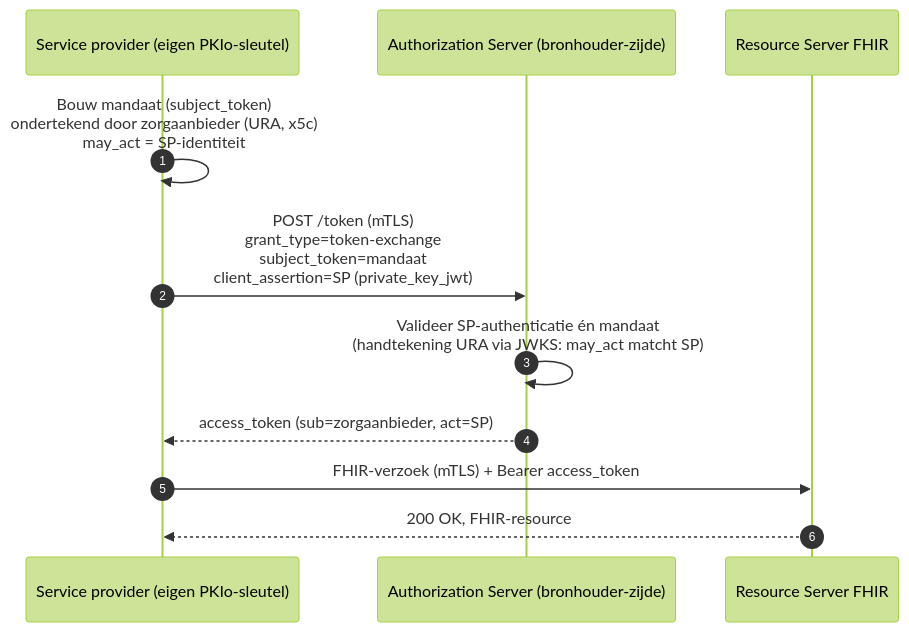
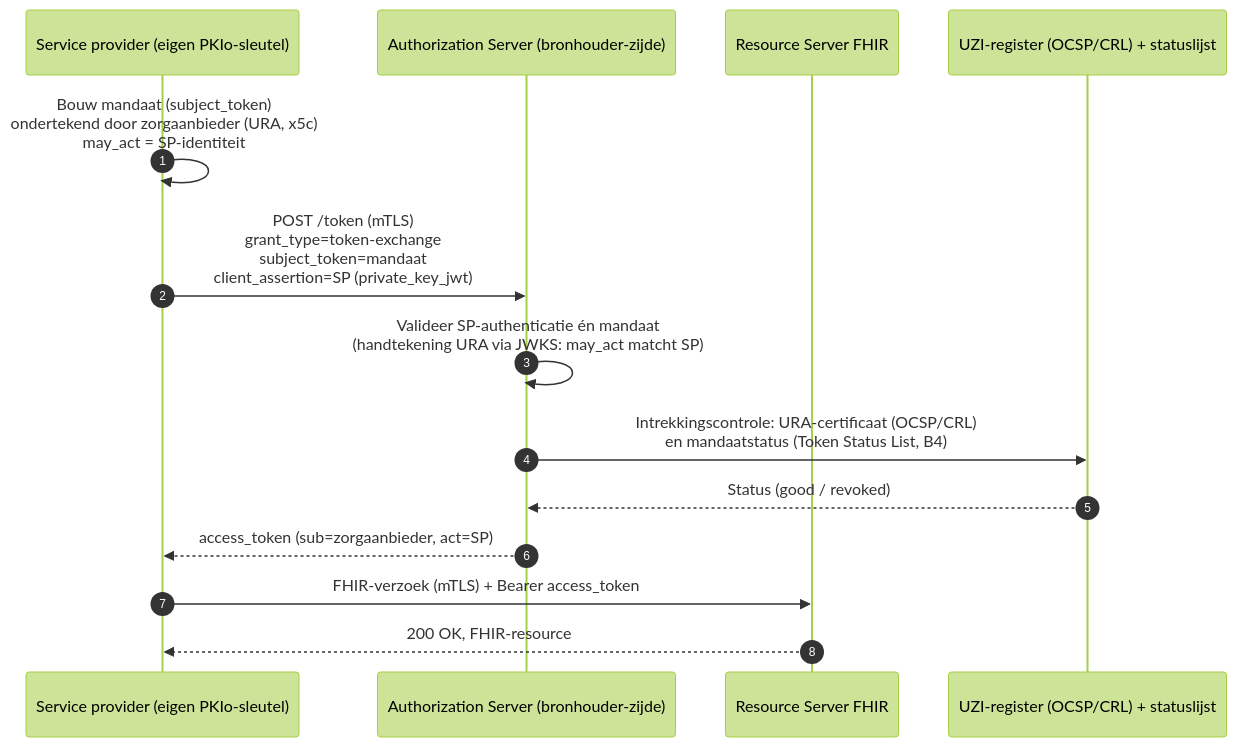
Before and after one commit to minvws/generiekefuncties-docs: the second of 4 diagrams in input/pagecontent/service-provider-mandatering.md, drawn with Mermaid (forest theme). The commit also changed other lines of this file, not shown here.

Commit message:
sequencediagram en revocation toegevoegd

````diff
--- a/input/pagecontent/service-provider-mandatering.md
+++ b/input/pagecontent/service-provider-mandatering.md
@@ -67,14 +86,17 @@
 ```mermaid
 sequenceDiagram
     autonumber
     participant SP as Service provider (eigen PKIo-sleutel)
     participant AS as Authorization Server (bronhouder-zijde)
     participant RS as Resource Server FHIR
+    participant CA as UZI-register (OCSP/CRL) + statuslijst
 
     SP->>SP: Bouw mandaat (subject_token)<br/>ondertekend door zorgaanbieder (URA, x5c)<br/>may_act = SP-identiteit
     SP->>AS: POST /token (mTLS)<br/>grant_type=token-exchange<br/>subject_token=mandaat<br/>client_assertion=SP (private_key_jwt)
     AS->>AS: Valideer SP-authenticatie én mandaat <br/>(handtekening URA via JWKS: may_act matcht SP) 
+    AS->>CA: Intrekkingscontrole: URA-certificaat (OCSP/CRL)<br/>en mandaatstatus (Token Status List, B4)
+    CA-->>AS: Status (good / revoked)
     AS-->>SP: access_token (sub=zorgaanbieder, act=SP)
     SP->>RS: FHIR-verzoek (mTLS) + Bearer access_token
     RS-->>SP: 200 OK, FHIR-resource
 ```
````
